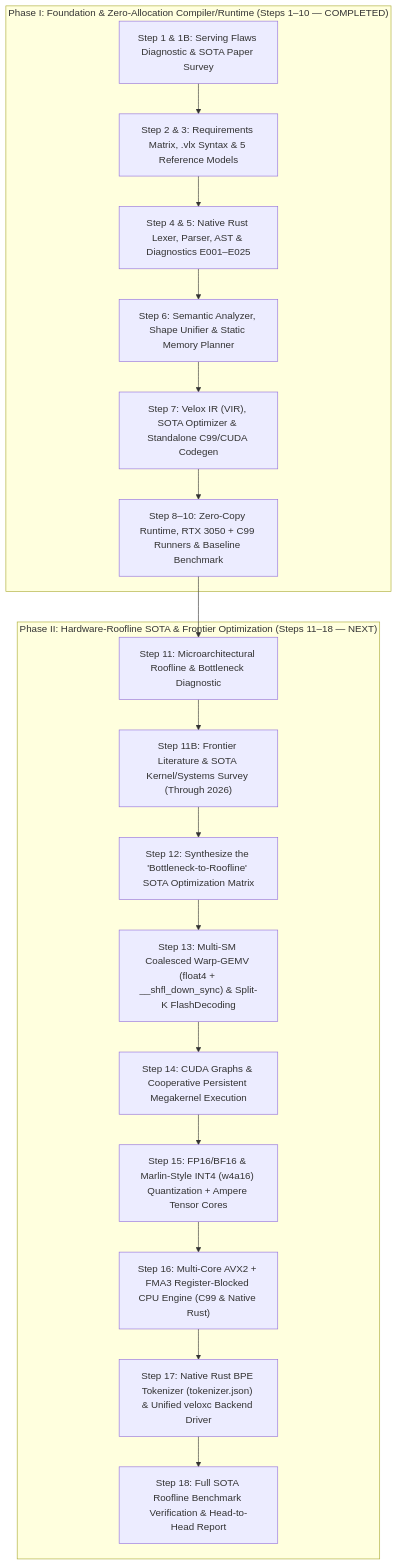
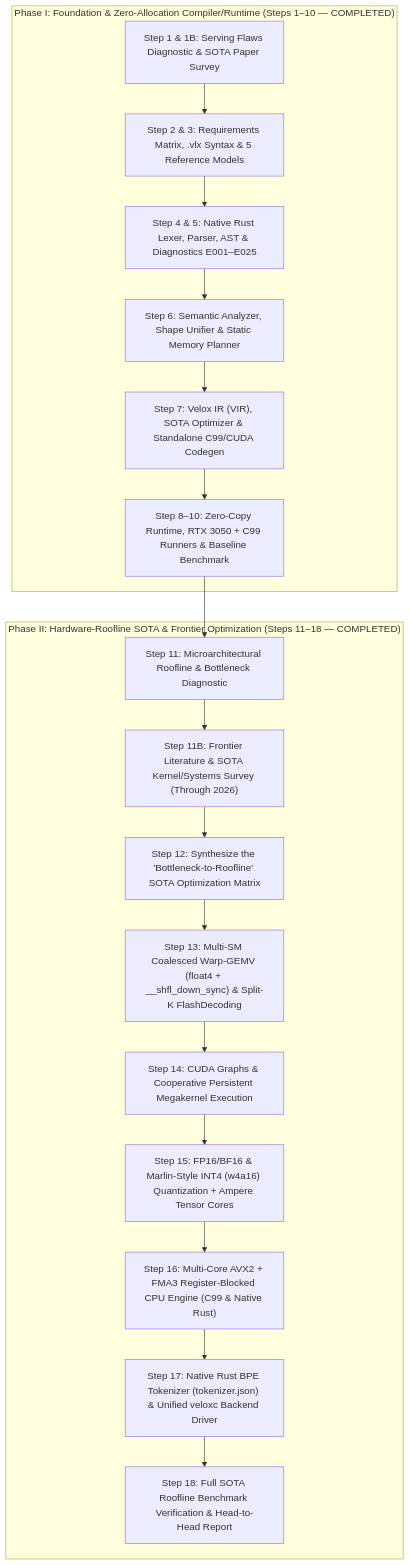
The diagram in velox_workflow_plan.md (sebastianCodeNew/Velox), drawn with Mermaid before and after one commit. The commit also changed other lines of this file and 5 other files, not shown here.

Commit message:
feat: full SOTA roofline benchmark suite and publication report (Step 18)

````diff
--- a/velox_workflow_plan.md
+++ b/velox_workflow_plan.md
@@ -9,23 +9,23 @@
 ```mermaid
 flowchart TD
     subgraph P1["Phase I: Foundation & Zero-Allocation Compiler/Runtime (Steps 1–10 — COMPLETED)"]
         S1["Step 1 & 1B: Serving Flaws Diagnostic & SOTA Paper Survey"] --> S2["Step 2 & 3: Requirements Matrix, .vlx Syntax & 5 Reference Models"]
         S2 --> S4["Step 4 & 5: Native Rust Lexer, Parser, AST & Diagnostics E001–E025"]
         S4 --> S6["Step 6: Semantic Analyzer, Shape Unifier & Static Memory Planner"]
         S6 --> S7["Step 7: Velox IR (VIR), SOTA Optimizer & Standalone C99/CUDA Codegen"]
         S7 --> S8["Step 8–10: Zero-Copy Runtime, RTX 3050 + C99 Runners & Baseline Benchmark"]
     end
 
-    subgraph P2["Phase II: Hardware-Roofline SOTA & Frontier Optimization (Steps 11–18 — NEXT)"]
+    subgraph P2["Phase II: Hardware-Roofline SOTA & Frontier Optimization (Steps 11–18 — COMPLETED)"]
         S11["Step 11: Microarchitectural Roofline & Bottleneck Diagnostic"] --> S11B["Step 11B: Frontier Literature & SOTA Kernel/Systems Survey (Through 2026)"]
         S11B --> S12["Step 12: Synthesize the 'Bottleneck-to-Roofline' SOTA Optimization Matrix"]
         S12 --> S13["Step 13: Multi-SM Coalesced Warp-GEMV (float4 + __shfl_down_sync) & Split-K FlashDecoding"]
         S13 --> S14["Step 14: CUDA Graphs & Cooperative Persistent Megakernel Execution"]
         S14 --> S15["Step 15: FP16/BF16 & Marlin-Style INT4 (w4a16) Quantization + Ampere Tensor Cores"]
         S15 --> S16["Step 16: Multi-Core AVX2 + FMA3 Register-Blocked CPU Engine (C99 & Native Rust)"]
         S16 --> S17["Step 17: Native Rust BPE Tokenizer (tokenizer.json) & Unified veloxc Backend Driver"]
         S17 --> S18["Step 18: Full SOTA Roofline Benchmark Verification & Head-to-Head Report"]
     end
 
     S8 --> S11
 ```
````
